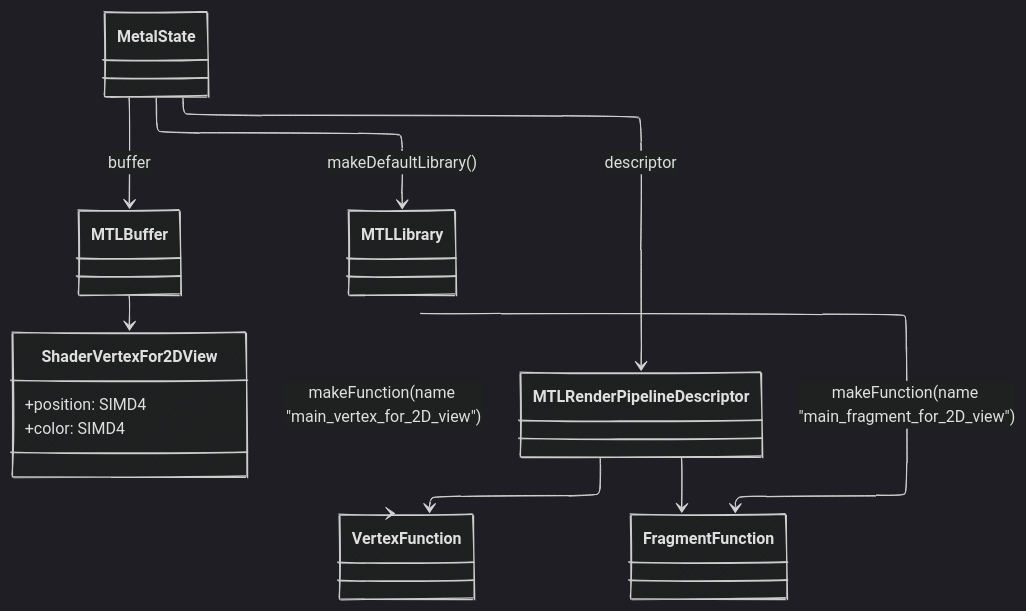
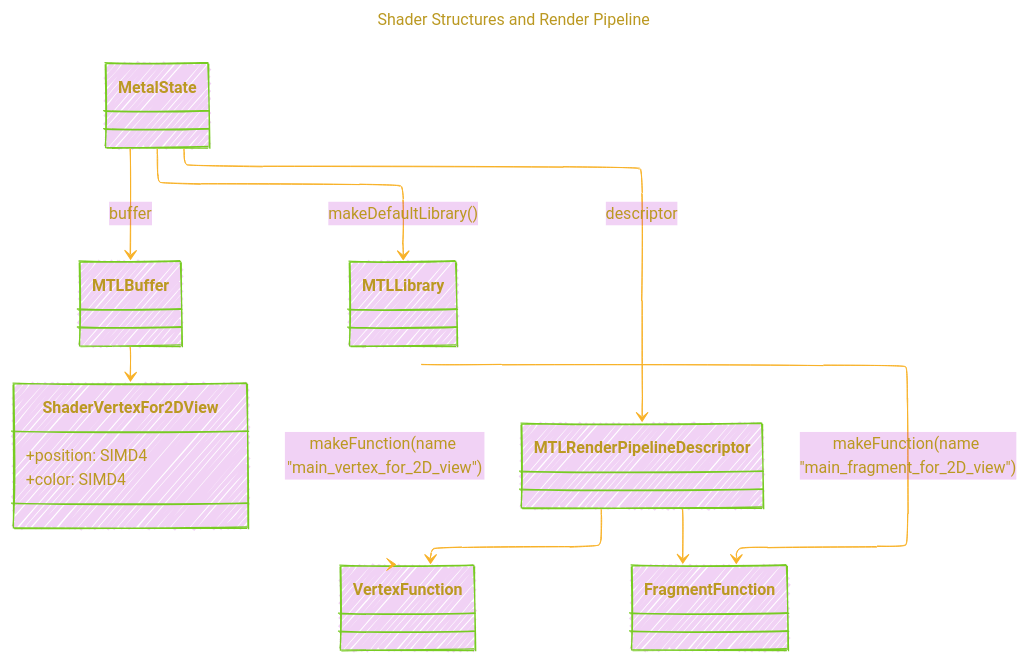
One commit to CongLeSolutionX/Metal-Primitives changed diagram 21 of 26 in DOCUMENTATIONS/Documentation.md. Above: the diagram before and after it, drawn with Mermaid. The commit also changed other lines of this file, not shown here.

````diff
--- a/DOCUMENTATIONS/Documentation.md
+++ b/DOCUMENTATIONS/Documentation.md
@@ -1195,28 +1357,42 @@
 ```mermaid
 ---
+title: "Shader Structures and Render Pipeline"
 config:
   layout: elk
   look: handDrawn
-  theme: dark
+  theme: base
 ---
+%%%%%%%% Mermaid version v11.4.1-b.14
+%%{
+  init: {
+    "classDiagram": { "htmlLabels": false },
+    'fontFamily': 'Fantasy',
+    'themeVariables': {
+      'primaryColor': '#B2C3',
+      'primaryTextColor': '#B92',
+      'primaryBorderColor': '#7c2',
+      'lineColor': '#F8B229'
+    }
+  }
+}%%
 classDiagram
     class ShaderVertexFor2DView {
         +position: SIMD4<Float>
         +color: SIMD4<Float>
     }
 
     class MTLBuffer
     MetalState --> MTLBuffer : buffer
     MTLBuffer --> ShaderVertexFor2DView
 
     %% Shaders
     class MTLLibrary
     MetalState --> MTLLibrary : makeDefaultLibrary()
     MTLLibrary --> VertexFunction : makeFunction(name "main_vertex_for_2D_view")
     MTLLibrary --> FragmentFunction : makeFunction(name "main_fragment_for_2D_view")
 
     MetalState --> MTLRenderPipelineDescriptor : descriptor
     MTLRenderPipelineDescriptor --> VertexFunction
     MTLRenderPipelineDescriptor --> FragmentFunction
 
 ```
````
